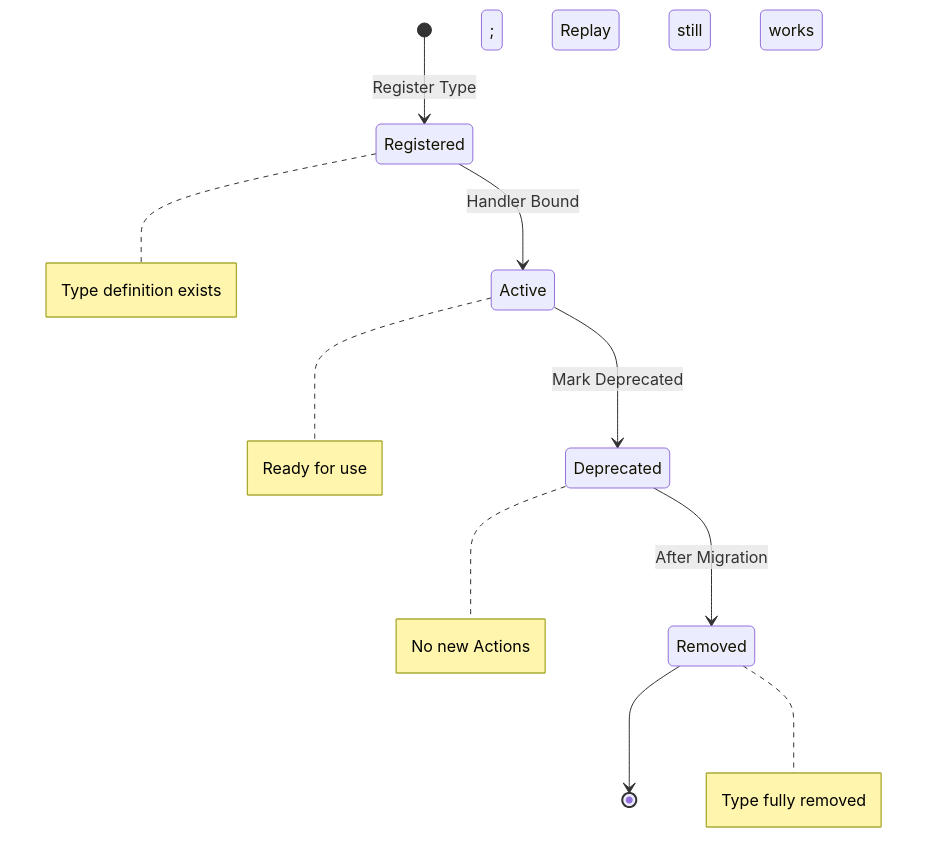
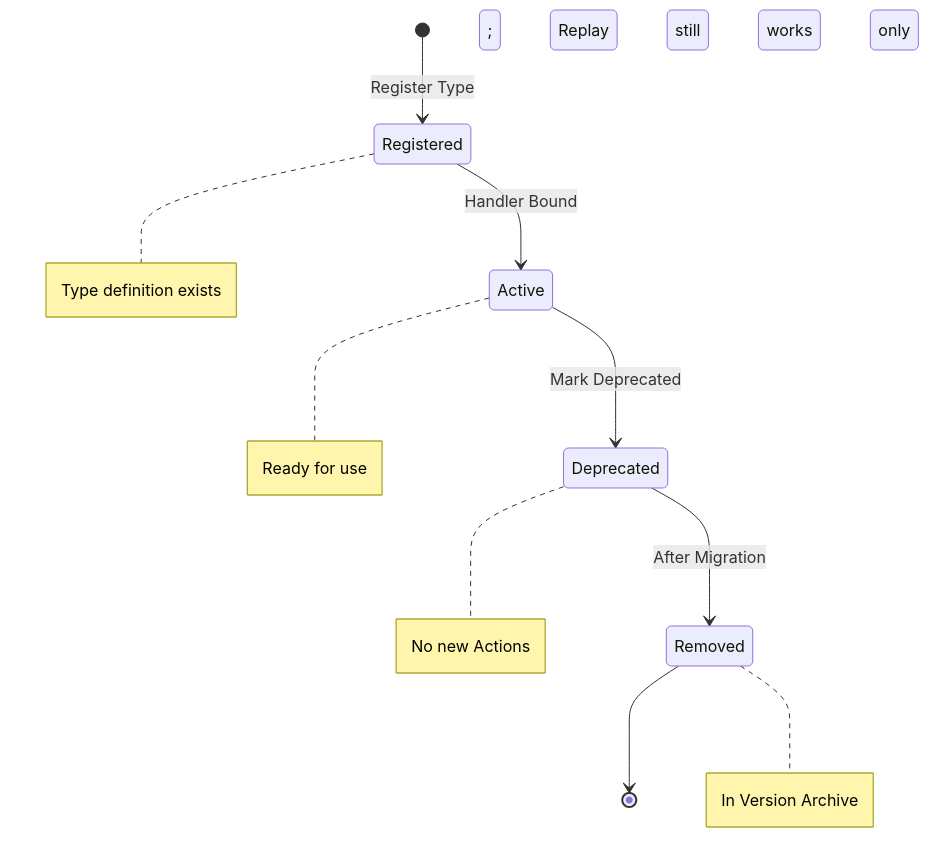
One commit to yueseyeyu/ai-narrative-rpg-engine changed the eighth of 10 diagrams in docs/02_Architecture/Action_Registry.md. Above: the diagram before and after it, drawn with Mermaid. The commit also changed other lines of this file and 2 other files, not shown here.

````diff
--- a/docs/02_Architecture/Action_Registry.md
+++ b/docs/02_Architecture/Action_Registry.md
@@ -405,13 +413,13 @@
 ```mermaid
 stateDiagram-v2
     [*] --> Registered: Register Type
     Registered --> Active: Handler Bound
     Active --> Deprecated: Mark Deprecated
     Deprecated --> Removed: After Migration
     Removed --> [*]
 
     note right of Registered: Type definition exists
     note right of Active: Ready for use
     note right of Deprecated: No new Actions; Replay still works
-    note right of Removed: Type fully removed
+    note right of Removed: In Version Archive; Replay only
 ```
````
